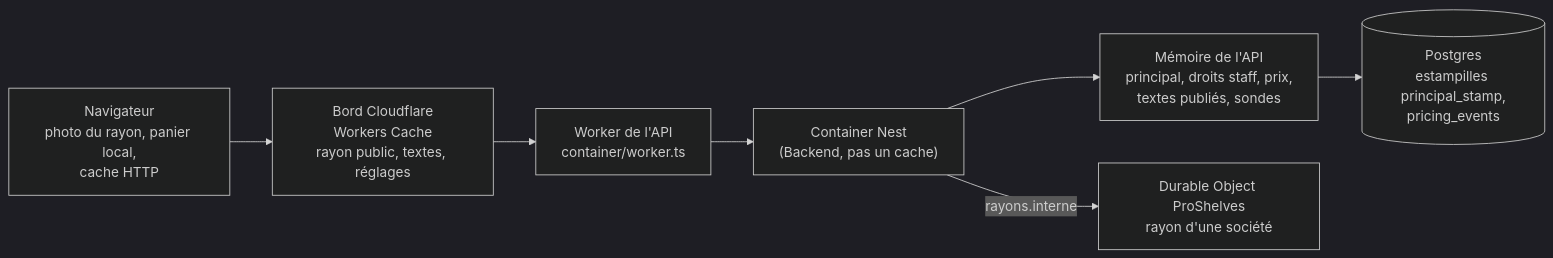
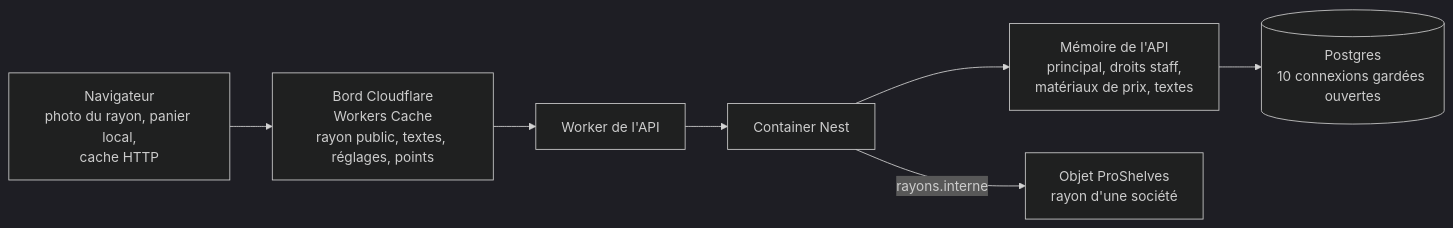
The first of 2 diagrams in documentation/caching-usage/carte-des-caches.md (hugoheynard/lfd), drawn with Mermaid (dark theme) before and after one commit. The commit also changed other lines of this file and 96 other files, not shown here.

````diff
--- a/documentation/caching-usage/carte-des-caches.md
+++ b/documentation/caching-usage/carte-des-caches.md
@@ -23,9 +65,9 @@
 ```mermaid
 flowchart LR
-  N["Navigateur<br/>photo du rayon, panier local,<br/>cache HTTP"] --> E["Bord Cloudflare<br/>Workers Cache<br/>rayon public, textes, réglages"]
-  E --> W["Worker de l'API<br/>container/worker.ts"]
-  W --> C["Container Nest<br/>(Backend, pas un cache)"]
-  C --> M["Mémoire de l'API<br/>principal, droits staff, prix,<br/>textes publiés, sondes"]
-  C -- "rayons.interne" --> P["Durable Object ProShelves<br/>rayon d'une société"]
-  M --> B[("Postgres<br/>estampilles principal_stamp,<br/>pricing_events")]
+  N["Navigateur<br/>photo du rayon, panier local,<br/>cache HTTP"] --> E["Bord Cloudflare<br/>Workers Cache<br/>rayon public, textes, réglages, points"]
+  E --> W["Worker de l'API"]
+  W --> C["Container Nest"]
+  C --> M["Mémoire de l'API<br/>principal, droits staff,<br/>matériaux de prix, textes"]
+  C -- "rayons.interne" --> P["Objet ProShelves<br/>rayon d'une société"]
+  M --> B[("Postgres<br/>10 connexions gardées ouvertes")]
 ```
````
